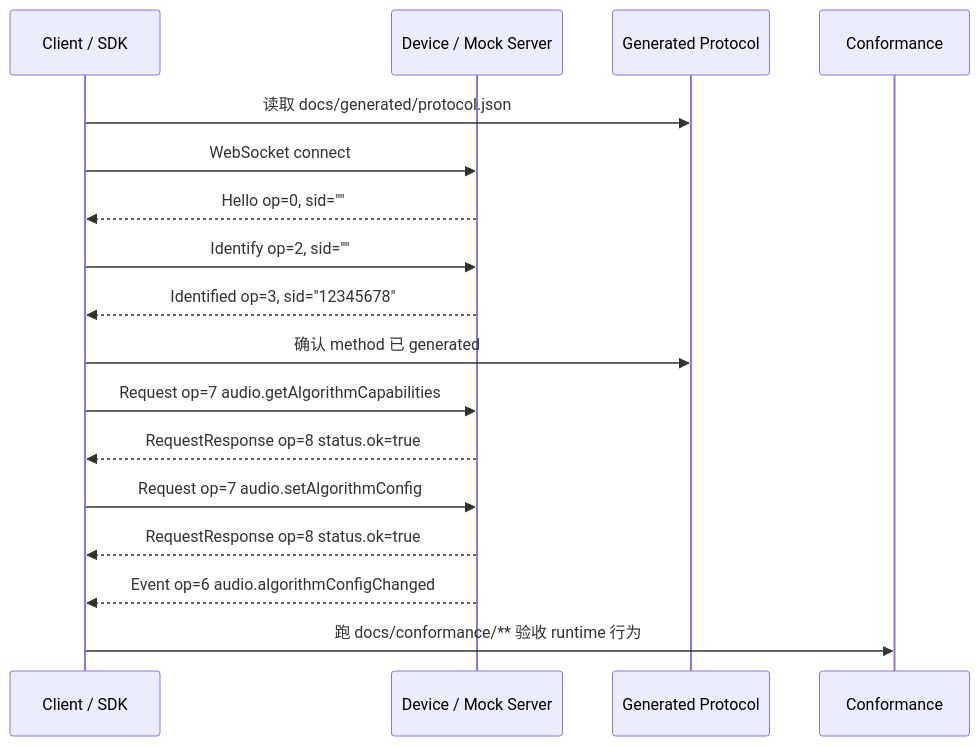
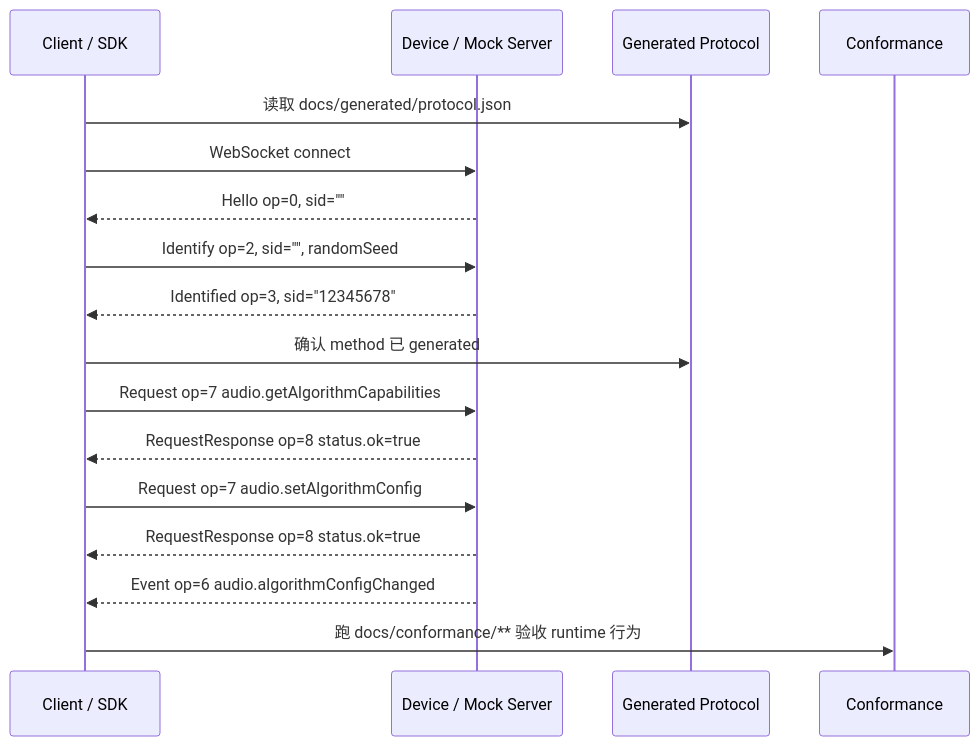
The first of 2 diagrams in docs/guides/quickstart.md (Mostorm-Labs/axtp), drawn with Mermaid before and after one commit. The commit also changed other lines of this file and 25 other files, not shown here.

````diff
--- a/docs/guides/quickstart.md
+++ b/docs/guides/quickstart.md
@@ -72,20 +72,20 @@
 ```mermaid
 sequenceDiagram
     participant C as Client / SDK
     participant S as Device / Mock Server
     participant G as Generated Protocol
     participant T as Conformance
 
     C->>G: 读取 docs/generated/protocol.json
     C->>S: WebSocket connect
     S-->>C: Hello op=0, sid=""
-    C->>S: Identify op=2, sid=""
+    C->>S: Identify op=2, sid="", randomSeed
     S-->>C: Identified op=3, sid="12345678"
     C->>G: 确认 method 已 generated
     C->>S: Request op=7 audio.getAlgorithmCapabilities
     S-->>C: RequestResponse op=8 status.ok=true
     C->>S: Request op=7 audio.setAlgorithmConfig
     S-->>C: RequestResponse op=8 status.ok=true
     S-->>C: Event op=6 audio.algorithmConfigChanged
     C->>T: 跑 docs/conformance/** 验收 runtime 行为
 ```
````
